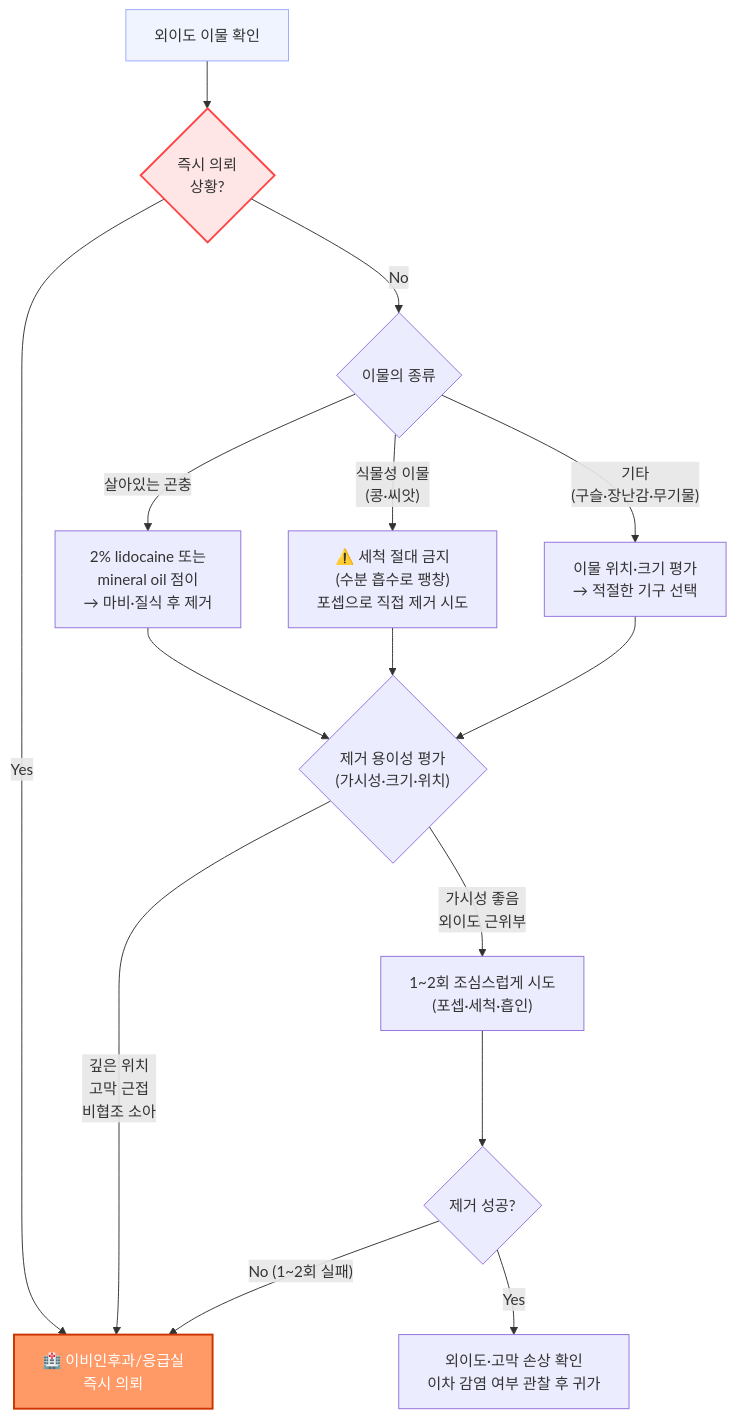
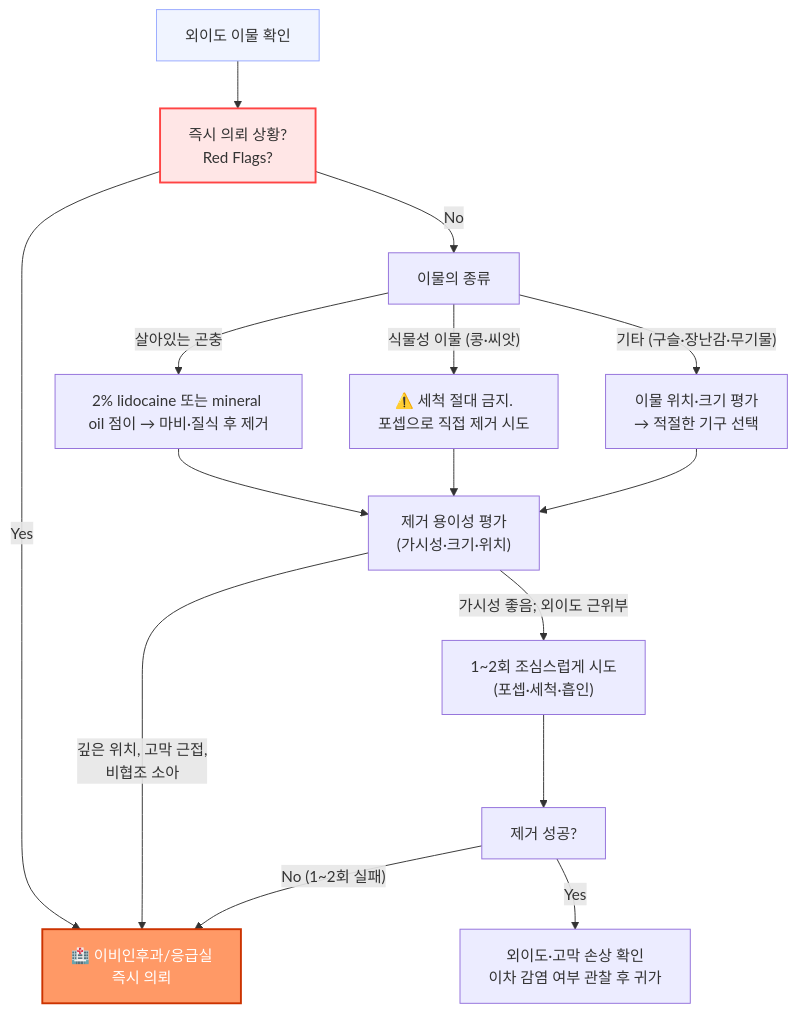
Before and after one commit to familyoh77/familyoh77: the diagram in 222_/049_-ear-injury.md, drawn with Mermaid. The commit also changed other lines of this file, not shown here.

````diff
--- a/222_/049_-ear-injury.md
+++ b/222_/049_-ear-injury.md
@@ -117,26 +112,27 @@
 ```mermaid
 graph TD
-    Start["외이도 이물 확인"] --> RedFlags{"즉시 의뢰\n상황?"}
+    Start["외이도 이물 확인"] --> RedFlags["즉시 의뢰 상황? <br> Red Flags?"]
 
-    RedFlags -- "Yes" --> Refer["🏥 이비인후과/응급실\n즉시 의뢰"]
-    RedFlags -- "No" --> FBType{"이물의 종류"}
+    RedFlags -- "Yes" --> Refer["🏥 이비인후과/응급실 <br> 즉시 의뢰"]
+    RedFlags -- "No" --> FBType["이물의 종류"]
 
-    FBType -- "살아있는 곤충" --> Insect["2% lidocaine 또는\nmineral oil 점이\n→ 마비·질식 후 제거"]
-    FBType -- "식물성 이물\n(콩·씨앗)" --> Vegetable["⚠️ 세척 절대 금지\n(수분 흡수로 팽창)\n포셉으로 직접 제거 시도"]
-    FBType -- "기타\n(구슬·장난감·무기물)" --> General["이물 위치·크기 평가\n→ 적절한 기구 선택"]
+    FBType -- "살아있는 곤충" --> Insect["2% lidocaine 또는 mineral oil 점이 → 마비·질식 후 제거"]
+    FBType -- "식물성 이물 (콩·씨앗)" --> Vegetable["⚠️ 세척 절대 금지. <br>포셉으로 직접 제거 시도"]
+    FBType -- "기타 (구슬·장난감·무기물)" --> General["이물 위치·크기 평가<br>→ 적절한 기구 선택"]
 
-    Insect --> Attempt{"제거 용이성 평가\n(가시성·크기·위치)"}
+    Insect --> Attempt["제거 용이성 평가<br>(가시성·크기·위치)"]
     Vegetable --> Attempt
     General --> Attempt
 
-    Attempt -- "가시성 좋음\n외이도 근위부" --> Procedure["1~2회 조심스럽게 시도\n(포셉·세척·흡인)"]
-    Attempt -- "깊은 위치\n고막 근접\n비협조 소아" --> Refer
+    Attempt -- "가시성 좋음; 외이도 근위부" --> Procedure["1~2회 조심스럽게 시도<br>(포셉·세척·흡인)"]
+    Attempt -- "깊은 위치, 고막 근접,
+    비협조 소아" --> Refer
 
-    Procedure --> Success{"제거 성공?"}
+    Procedure --> Success["제거 성공?"]
     Success -- "No (1~2회 실패)" --> Refer
-    Success -- "Yes" --> FollowUp["외이도·고막 손상 확인\n이차 감염 여부 관찰 후 귀가"]
+    Success -- "Yes" --> FollowUp["외이도·고막 손상 확인<br>이차 감염 여부 관찰 후 귀가"]
 
     style Start fill:#f0f4ff,stroke:#99aaff
     style RedFlags fill:#ffe6e6,stroke:#ff4444,stroke-width:2px
     style Refer fill:#ff9966,stroke:#cc3300,stroke-width:2px,color:#fff
 ```
````
